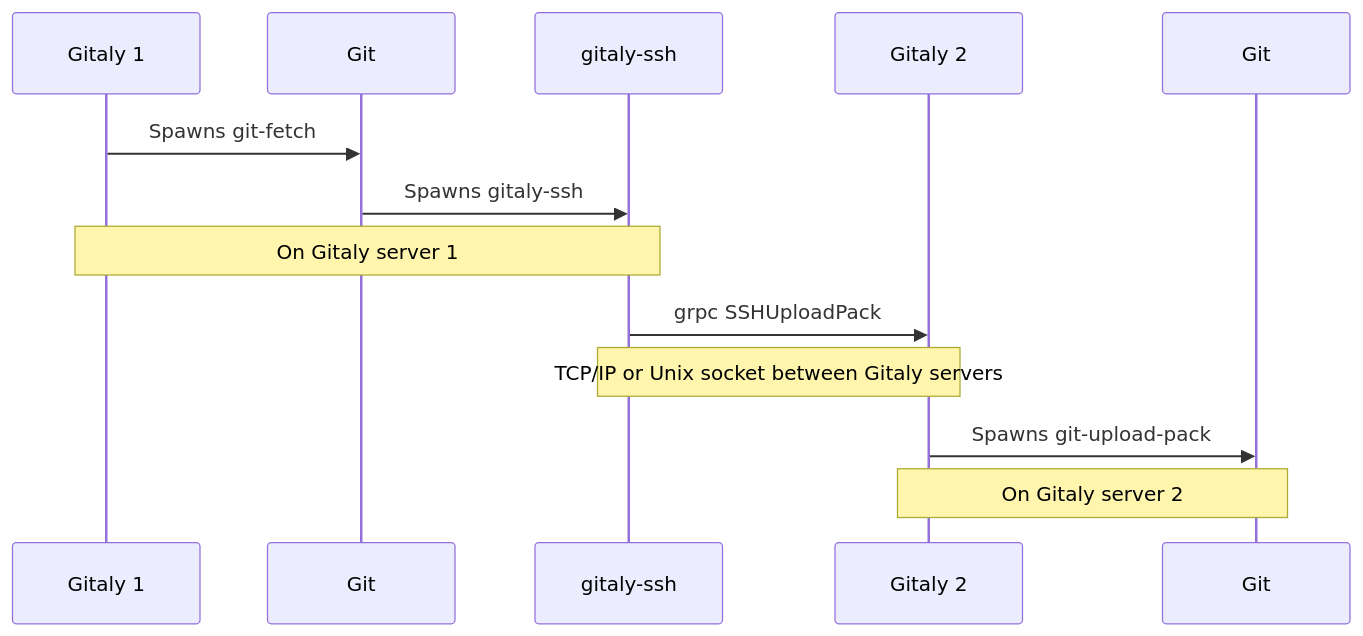
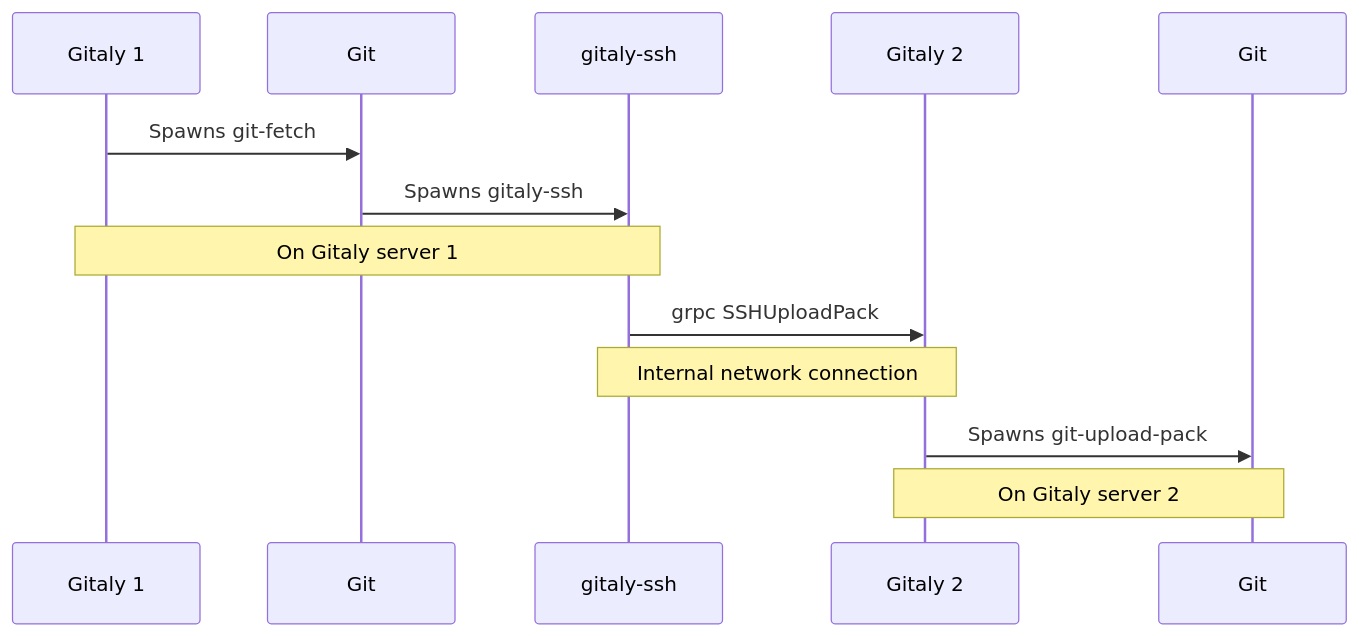
Before and after one commit to qeesung/gitaly: the second of 2 diagrams in cmd/gitaly-ssh/README.md, drawn with Mermaid.

````diff
--- a/cmd/gitaly-ssh/README.md
+++ b/cmd/gitaly-ssh/README.md
@@ -57,18 +57,18 @@
 ```mermaid
 sequenceDiagram
   participant Gitaly1 as Gitaly 1
   participant Gitaly1Git as Git
   participant GitalySSH as gitaly-ssh
   participant Gitaly2 as Gitaly 2
   participant Gitaly2Git as Git
 
   Gitaly1 ->> Gitaly1Git: Spawns git-fetch
   Gitaly1Git ->> GitalySSH: Spawns gitaly-ssh
   Note over Gitaly1,GitalySSH: On Gitaly server 1
 
   GitalySSH ->> Gitaly2: grpc SSHUploadPack
-  Note over GitalySSH,Gitaly2: TCP/IP or Unix socket between Gitaly servers
+  Note over GitalySSH,Gitaly2: Internal network connection
 
   Gitaly2 ->> Gitaly2Git: Spawns git-upload-pack
   Note over Gitaly2,Gitaly2Git: On Gitaly server 2
 ```
````
